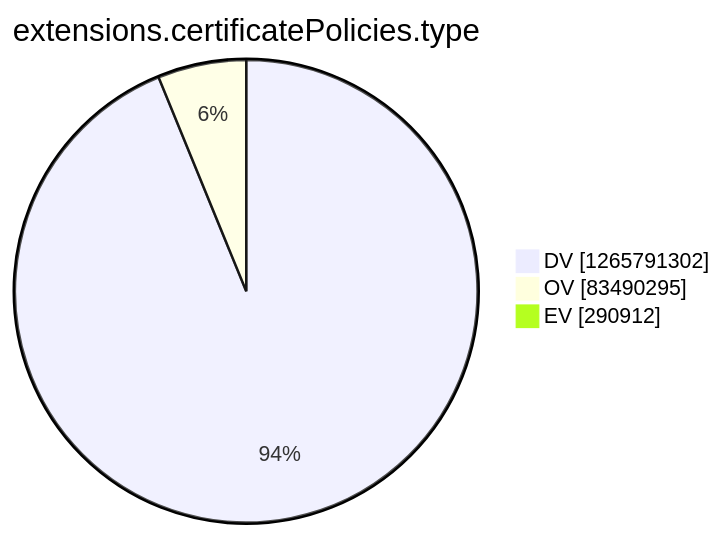
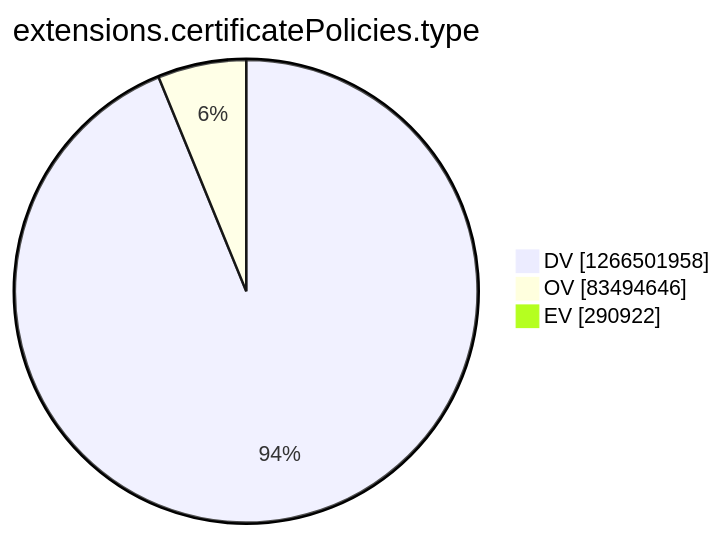
The tenth of 15 diagrams in argon2022/README.md (christiankrug/ctmonitor_visualization), drawn with Mermaid before and after one commit. The commit also changed other lines of this file, not shown here.

````diff
--- a/argon2022/README.md
+++ b/argon2022/README.md
@@ -2771,7 +2771,7 @@
 ```mermaid
 pie showData
 title extensions.certificatePolicies.type
-"DV" :1265791302
-"OV" :83490295
-"EV" :290912
+"DV" :1266501958
+"OV" :83494646
+"EV" :290922
 ```
````
